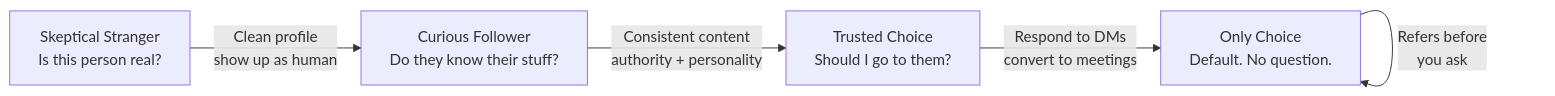
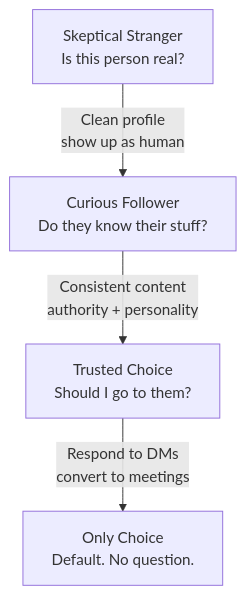
One commit to leotansingapore/aia-product-compass-hub changed the first of 2 diagrams in docs/first-60-days/week-7/day-40.md. Above: the diagram before and after it, drawn with Mermaid. The commit also changed 56 other files, not shown here.

Commit message:
Readability pass across first-60-days: styled HTML to tables/diagrams, cleaner formatting, no leaked metadata

````diff
--- a/docs/first-60-days/week-7/day-40.md
+++ b/docs/first-60-days/week-7/day-40.md
@@ -71,11 +71,10 @@
 ```mermaid
-flowchart LR
+flowchart TD
     A["Skeptical Stranger<br/>Is this person real?"]
     B["Curious Follower<br/>Do they know their stuff?"]
     C["Trusted Choice<br/>Should I go to them?"]
     D["Only Choice<br/>Default. No question."]
     A -->|"Clean profile<br/>show up as human"| B
     B -->|"Consistent content<br/>authority + personality"| C
     C -->|"Respond to DMs<br/>convert to meetings"| D
-    D -->|"Refers before<br/>you ask"| D
 ```
````
